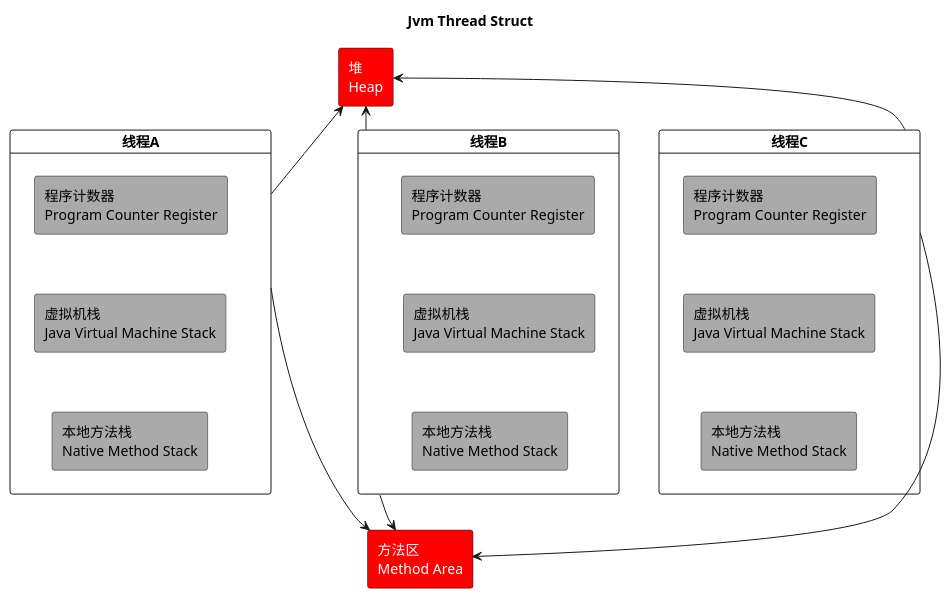
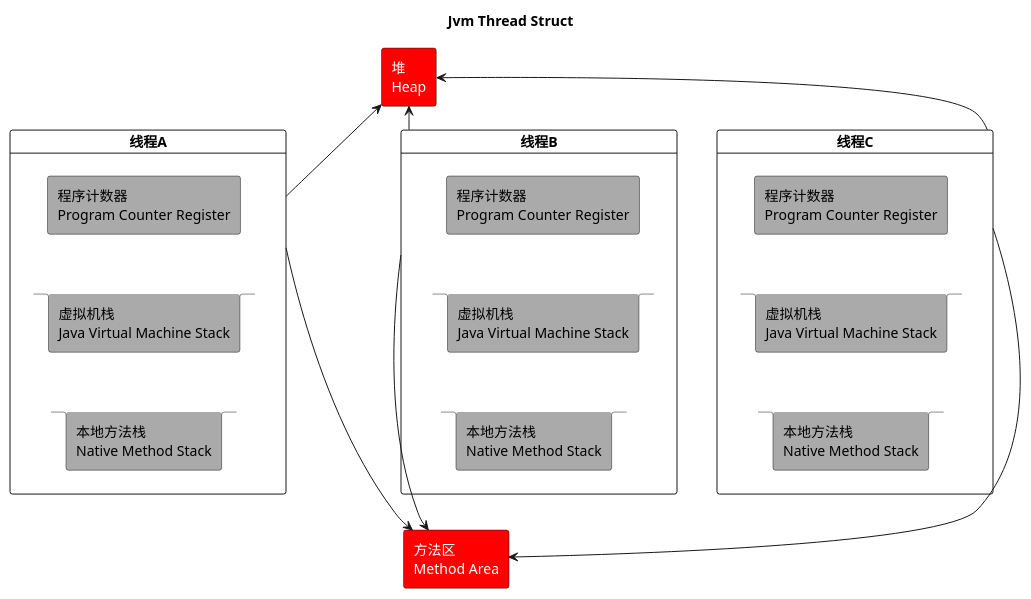
Before and after one commit to zzyandzzy/jdk11: the diagram in learn/src/main/resources/jvm/readme/static/uml/JVM_Thread_Struct.puml, drawn with PlantUML. The commit also changed 5 other files, not shown here.

```diff
--- a/learn/src/main/resources/jvm/readme/static/uml/JVM_Thread_Struct.puml
+++ b/learn/src/main/resources/jvm/readme/static/uml/JVM_Thread_Struct.puml
@@ -1,41 +1,41 @@
 @startuml
 
 title "Jvm Thread Struct"
 
 rectangle "堆\nHeap" as Heap #red;text:white
 
 card "线程A" as ta {
     rectangle "程序计数器\nProgram Counter Register" as PC #aaaaaa;text:black
-    rectangle "本地方法栈\nNative Method Stack" as NativeMethodStack #aaaaaa;text:black
-    rectangle "虚拟机栈\nJava Virtual Machine Stack" as Stack #aaaaaa;text:black
+    stack "本地方法栈\nNative Method Stack" as NativeMethodStack #aaaaaa;text:black
+    stack "虚拟机栈\nJava Virtual Machine Stack" as Stack #aaaaaa;text:black
     PC -[hidden]-> Stack
     Stack -[hidden]-> NativeMethodStack
 }
 
 card "线程B" as tb {
     rectangle "程序计数器\nProgram Counter Register" as PCb #aaaaaa;text:black
-    rectangle "本地方法栈\nNative Method Stack" as NativeMethodStackb #aaaaaa;text:black
-    rectangle "虚拟机栈\nJava Virtual Machine Stack" as Stackb #aaaaaa;text:black
+    stack "本地方法栈\nNative Method Stack" as NativeMethodStackb #aaaaaa;text:black
+    stack "虚拟机栈\nJava Virtual Machine Stack" as Stackb #aaaaaa;text:black
     PCb -[hidden]-> Stackb
     Stackb -[hidden]-> NativeMethodStackb
 }
 
 card "线程C" as tc {
     rectangle "程序计数器\nProgram Counter Register" as PCc #aaaaaa;text:black
-    rectangle "本地方法栈\nNative Method Stack" as NativeMethodStackc #aaaaaa;text:black
-    rectangle "虚拟机栈\nJava Virtual Machine Stack" as Stackc #aaaaaa;text:black
+    stack "本地方法栈\nNative Method Stack" as NativeMethodStackc #aaaaaa;text:black
+    stack "虚拟机栈\nJava Virtual Machine Stack" as Stackc #aaaaaa;text:black
     PCc -[hidden]-> Stackc
     Stackc -[hidden]-> NativeMethodStackc
 }
 
 rectangle "方法区\nMethod Area" as MethodArea #red;text:white
 
 ta -up-> Heap
 tb -up-> Heap
 tc -up-> Heap
 ta -down-> MethodArea
 tb -down-> MethodArea
 tc -down-> MethodArea
 NativeMethodStackb -[hidden]-> MethodArea
 
 @enduml
```
